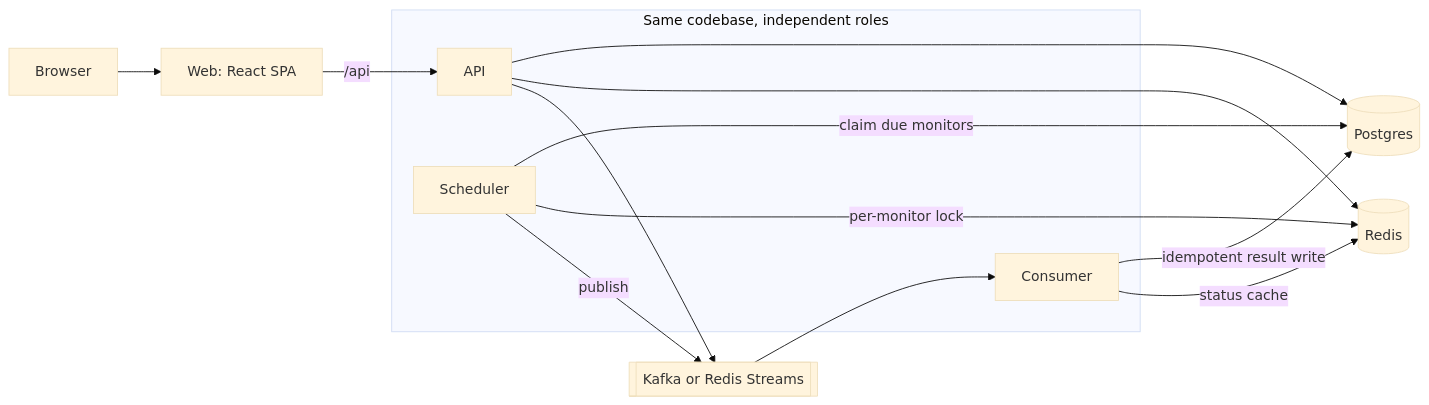
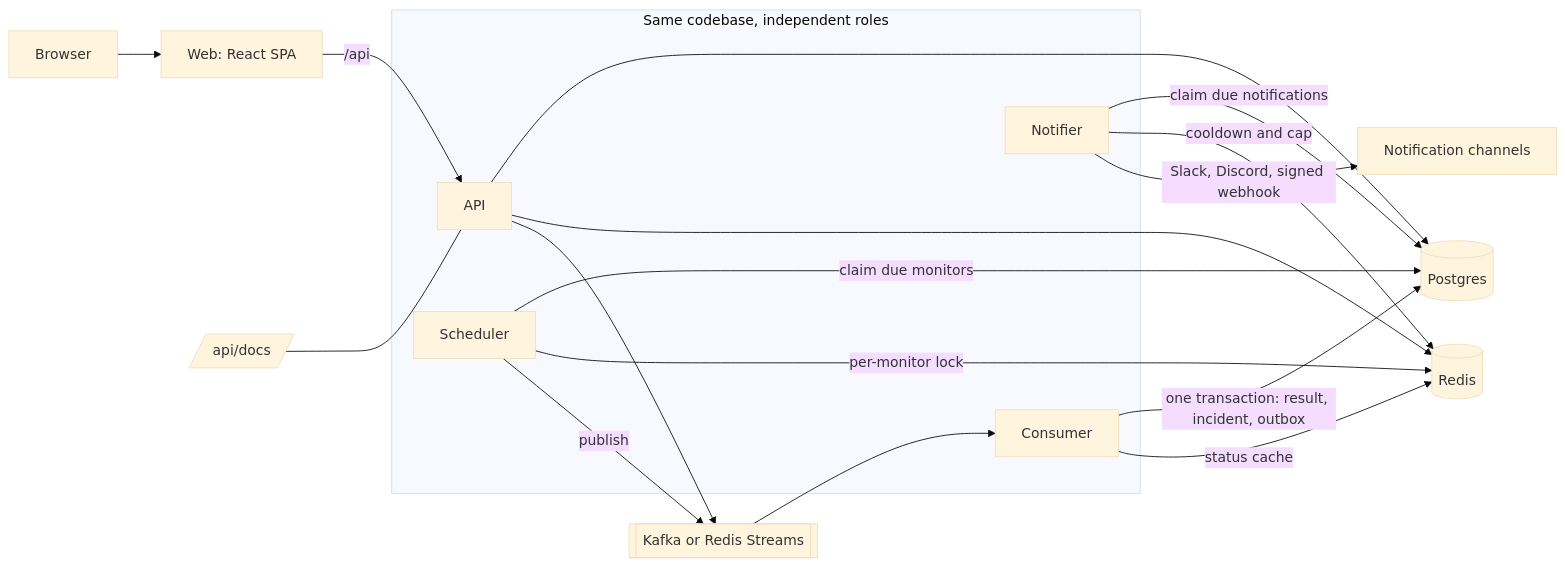
Before and after one commit to AryanShaw26/Watcher: the diagram in README.md, drawn with Mermaid (base theme). The commit also changed other lines of this file and 140 other files, not shown here.

````diff
--- a/README.md
+++ b/README.md
@@ -9,19 +20,24 @@
 ```mermaid
 flowchart LR
   U[Browser] --> W[Web: React SPA]
   W -->|/api| API
   subgraph Roles[Same codebase, independent roles]
     API[API]
     SCH[Scheduler]
     CON[Consumer]
+    NOT[Notifier]
   end
   SCH -->|claim due monitors| PG[(Postgres)]
   SCH -->|per-monitor lock| R[(Redis)]
   SCH -->|publish| K[[Kafka or Redis Streams]]
   K --> CON
-  CON -->|idempotent result write| PG
+  CON -->|one transaction: result, incident, outbox| PG
+  NOT -->|claim due notifications| PG
+  NOT -->|cooldown and cap| R
+  NOT -->|Slack, Discord, signed webhook| OUT[Notification channels]
   CON -->|status cache| R
   API --> PG
   API --> R
   API --> K
+  DOCS[/api/docs/] --- API
 ```
````
